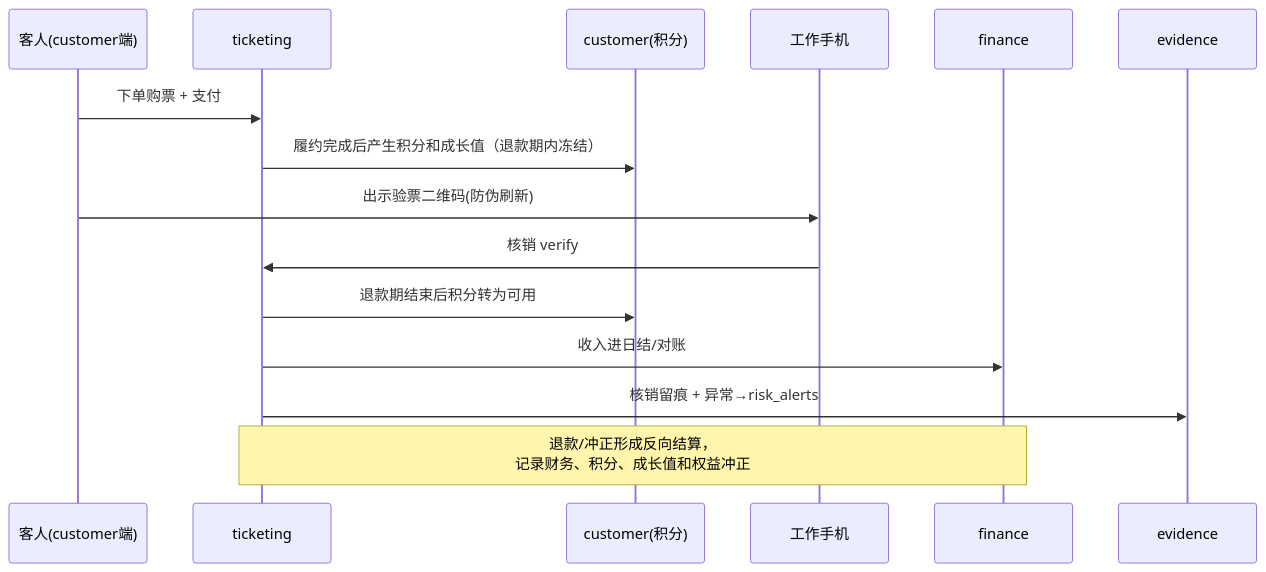
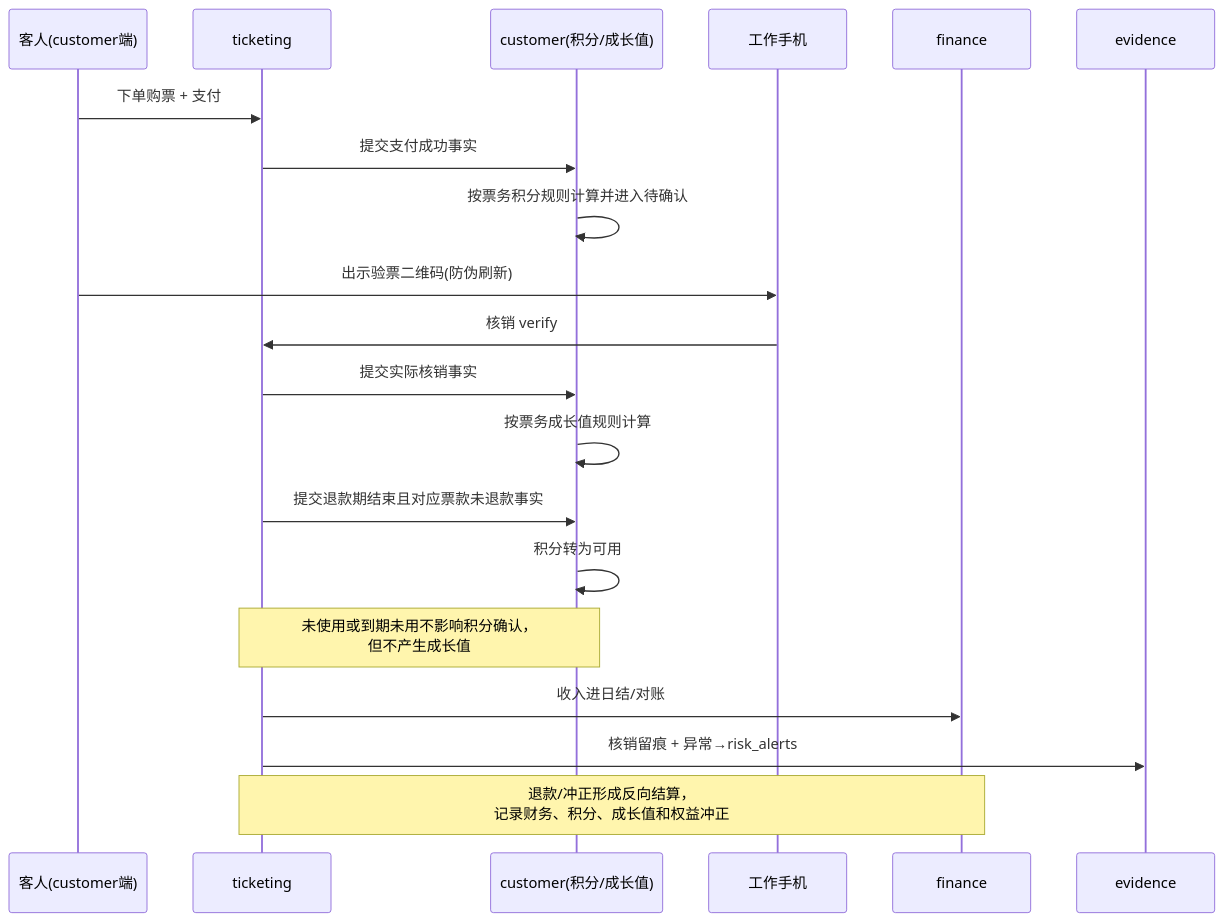
The fourth of 5 diagrams in docs/architecture-overview-v0.1.md (jxh1979/mall), drawn with Mermaid before and after one commit. The commit also changed other lines of this file and 11 other files, not shown here.

Commit message:
docs: 收口 M02 业务分层与总图文档出处对齐

````diff
--- a/docs/architecture-overview-v0.1.md
+++ b/docs/architecture-overview-v0.1.md
@@ -112,17 +112,22 @@
 ```mermaid
 sequenceDiagram
   participant G as 客人(customer端)
   participant T as ticketing
-  participant C as customer(积分)
+  participant C as customer(积分/成长值)
   participant W as 工作手机
   participant F as finance
   participant E as evidence
   G->>T: 下单购票 + 支付
-  T->>C: 履约完成后产生积分和成长值（退款期内冻结）
+  T->>C: 提交支付成功事实
+  C->>C: 按票务积分规则计算并进入待确认
   G->>W: 出示验票二维码(防伪刷新)
   W->>T: 核销 verify
-  T->>C: 退款期结束后积分转为可用
+  T->>C: 提交实际核销事实
+  C->>C: 按票务成长值规则计算
+  T->>C: 提交退款期结束且对应票款未退款事实
+  C->>C: 积分转为可用
+  Note over T,C: 未使用或到期未用不影响积分确认，<br/>但不产生成长值
   T->>F: 收入进日结/对账
   T->>E: 核销留痕 + 异常→risk_alerts
   Note over T,F: 退款/冲正形成反向结算，<br/>记录财务、积分、成长值和权益冲正
 ```
````
